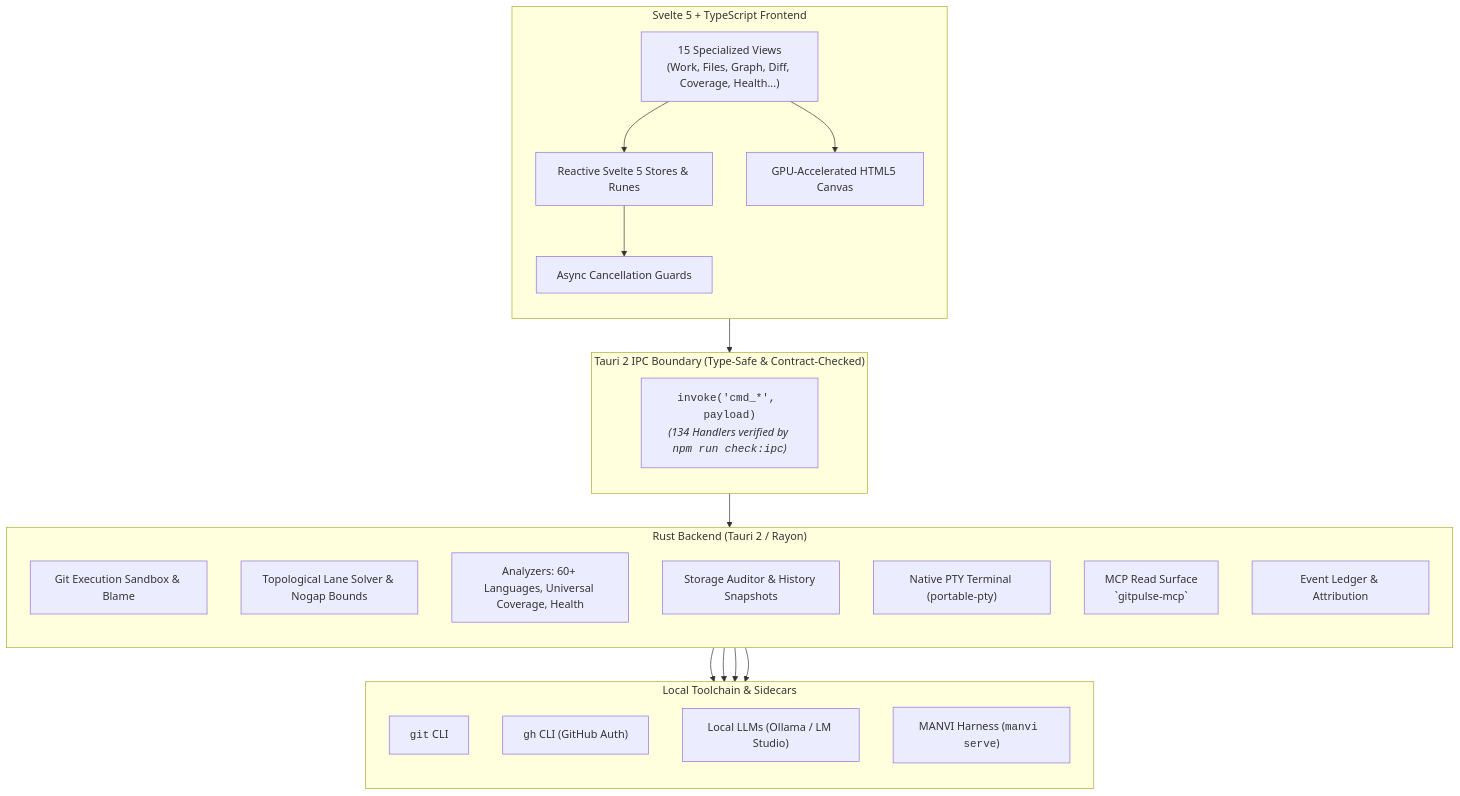
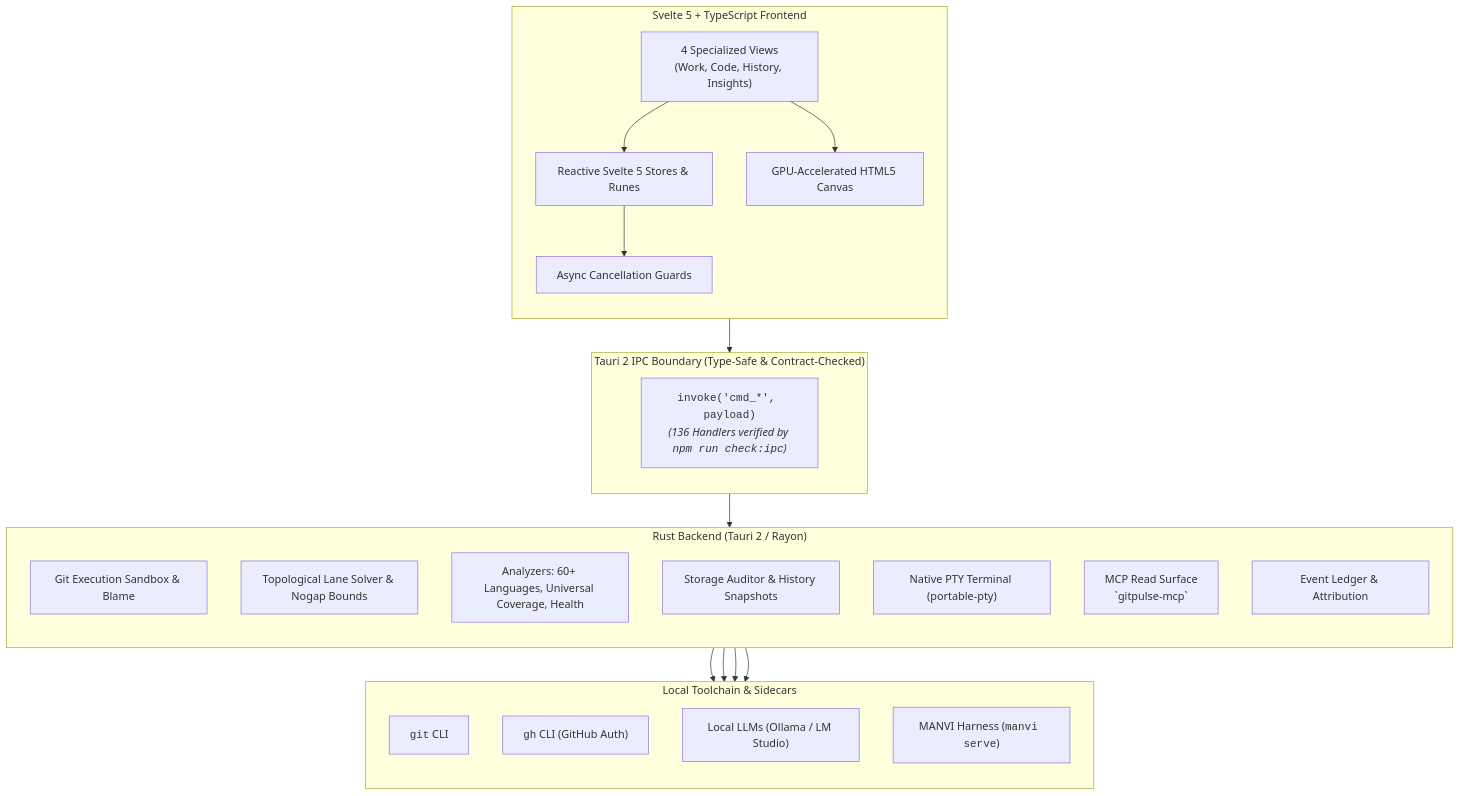
The first of 4 diagrams in README.md (bharathvbcr/GitPulse), drawn with Mermaid before and after one commit. The commit also changed other lines of this file and 199 other files, not shown here.

````diff
--- a/README.md
+++ b/README.md
@@ -43,45 +43,45 @@
 ```mermaid
 flowchart TB
     subgraph Frontend["Svelte 5 + TypeScript Frontend"]
         direction TB
-        Views["15 Specialized Views<br/>(Work, Files, Graph, Diff, Coverage, Health...)"]
+        Views["4 Specialized Views<br/>(Work, Code, History, Insights)"]
         Stores["Reactive Svelte 5 Stores & Runes"]
         CanvasEngine["GPU-Accelerated HTML5 Canvas"]
         AsyncGuards["Async Cancellation Guards"]
         
         Views --> Stores
         Views --> CanvasEngine
         Stores --> AsyncGuards
     end
 
     subgraph IPC["Tauri 2 IPC Boundary (Type-Safe & Contract-Checked)"]
         direction TB
-        IPCBridge["<code>invoke('cmd_*', payload)</code><br/><i>(134 Handlers verified by <code>npm run check:ipc</code>)</i>"]
+        IPCBridge["<code>invoke('cmd_*', payload)</code><br/><i>(136 Handlers verified by <code>npm run check:ipc</code>)</i>"]
     end
 
     subgraph Backend["Rust Backend (Tauri 2 / Rayon)"]
         direction TB
         GitSandbox["Git Execution Sandbox & Blame"]
         GraphSolver["Topological Lane Solver & Nogap Bounds"]
         Analyzers["Analyzers: 60+ Languages, Universal Coverage, Health"]
         StorageEngine["Storage Auditor & History Snapshots"]
         TerminalPTY["Native PTY Terminal (portable-pty)"]
         MCPServer["MCP Read Surface<br/>`gitpulse-mcp`"]
         Ledger["Event Ledger & Attribution"]
     end
 
     subgraph LocalTools["Local Toolchain & Sidecars"]
         direction TB
         GitCLI["<code>git</code> CLI"]
         GhCLI["<code>gh</code> CLI (GitHub Auth)"]
         LocalAI["Local LLMs (Ollama / LM Studio)"]
         ManviSidecar["MANVI Harness (<code>manvi serve</code>)"]
     end
 
     AsyncGuards --> IPCBridge
     IPCBridge --> Backend
     GitSandbox --> GitCLI
     Analyzers --> GhCLI
     Analyzers --> LocalAI
     Backend --> ManviSidecar
 ```
````
